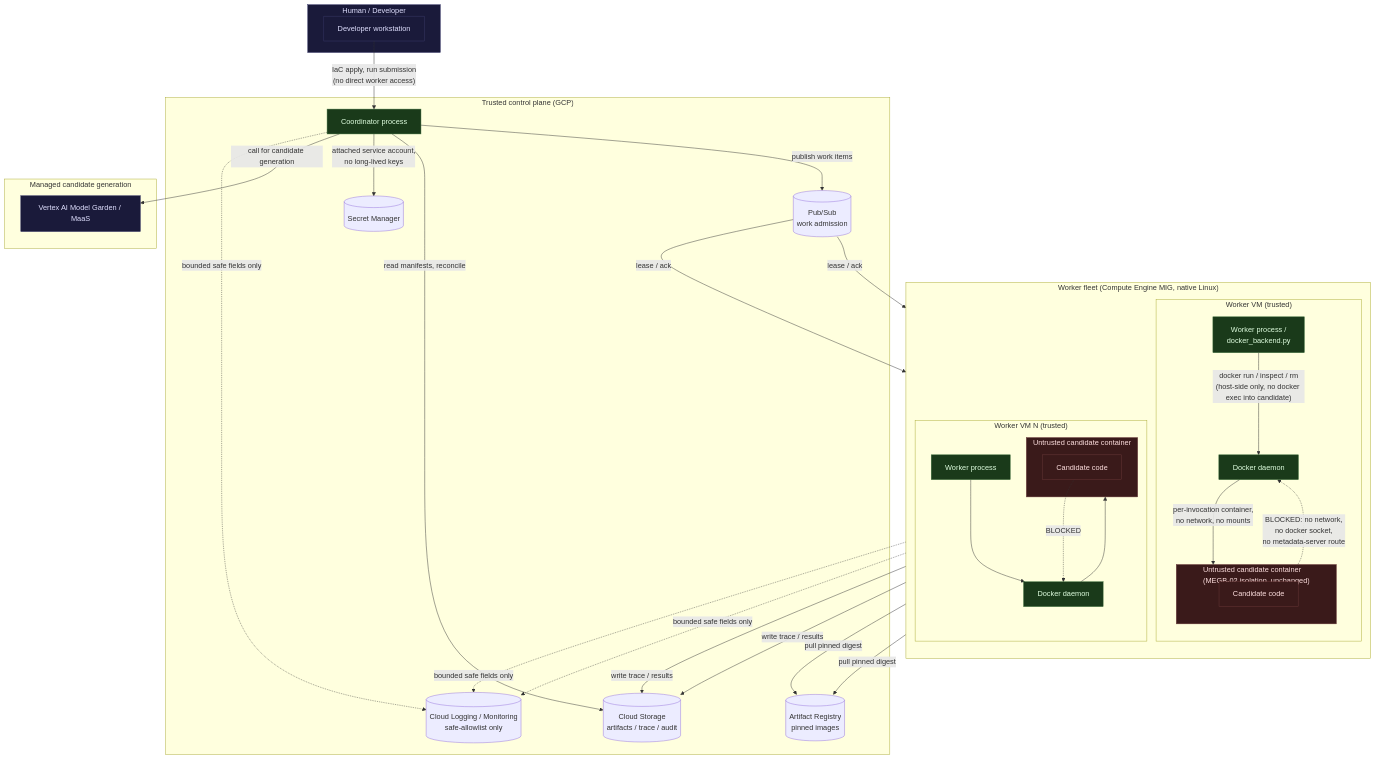
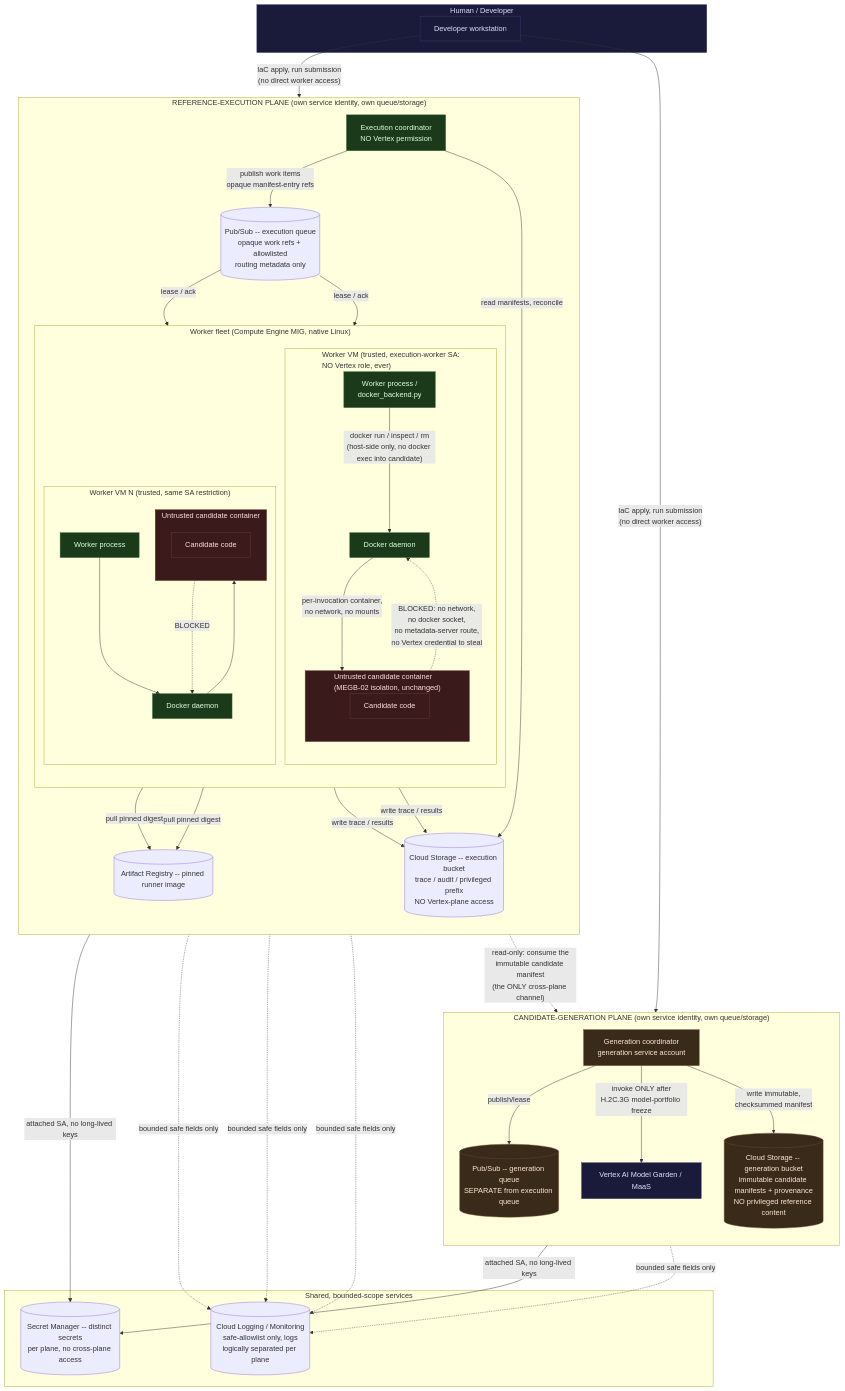
One commit to woollard/megb changed the diagram in docs/architecture/gcp-distributed-reference-execution.md. Above: the diagram before and after it, drawn with Mermaid. The commit also changed other lines of this file and 4 other files, not shown here.

First line of the commit message:
MEGB-03H.2C.3A correction: two-plane separation, provenance gate moved to H.2C.3D, qualification wording

````diff
--- a/docs/architecture/gcp-distributed-reference-execution.md
+++ b/docs/architecture/gcp-distributed-reference-execution.md
@@ -108,66 +204,81 @@
 ```mermaid
 flowchart TB
     subgraph Human["Human / Developer"]
         Dev[Developer workstation]
     end
 
-    subgraph ControlPlane["Trusted control plane (GCP)"]
-        Coord[Coordinator process]
-        PubSub[(Pub/Sub<br/>work admission)]
-        GCS[(Cloud Storage<br/>artifacts / trace / audit)]
-        AR[(Artifact Registry<br/>pinned images)]
-        SM[(Secret Manager)]
-        Logging[(Cloud Logging / Monitoring<br/>safe-allowlist only)]
+    subgraph GenPlane["CANDIDATE-GENERATION PLANE (own service identity, own queue/storage)"]
+        direction TB
+        GenCoord[Generation coordinator<br/>generation service account]
+        GenPubSub[(Pub/Sub -- generation queue<br/>SEPARATE from execution queue)]
+        GenGCS[(Cloud Storage -- generation bucket<br/>immutable candidate manifests + provenance<br/>NO privileged reference content)]
+        Vertex[Vertex AI Model Garden / MaaS]
+        GenCoord -->|publish/lease| GenPubSub
+        GenCoord -->|"invoke ONLY after<br/>H.2C.3G model-portfolio freeze"| Vertex
+        GenCoord -->|write immutable,<br/>checksummed manifest| GenGCS
     end
 
-    subgraph WorkerFleet["Worker fleet (Compute Engine MIG, native Linux)"]
+    subgraph ExecPlane["REFERENCE-EXECUTION PLANE (own service identity, own queue/storage)"]
         direction TB
-        subgraph Worker1["Worker VM (trusted)"]
-            WorkerProc1[Worker process /<br/>docker_backend.py]
-            Docker1[Docker daemon]
-            subgraph Cand1["Untrusted candidate container<br/>(MEGB-02 isolation, unchanged)"]
-                Cand1Code[Candidate code]
+        ExecCoord[Execution coordinator<br/>NO Vertex permission]
+        ExecPubSub[(Pub/Sub -- execution queue<br/>opaque work refs + allowlisted<br/>routing metadata only)]
+        ExecGCS[(Cloud Storage -- execution bucket<br/>trace / audit / privileged prefix<br/>NO Vertex-plane access)]
+        AR[(Artifact Registry -- pinned runner image)]
+        subgraph WorkerFleet["Worker fleet (Compute Engine MIG, native Linux)"]
+            direction TB
+            subgraph Worker1["Worker VM (trusted, execution-worker SA:<br/>NO Vertex role, ever)"]
+                WorkerProc1[Worker process /<br/>docker_backend.py]
+                Docker1[Docker daemon]
+                subgraph Cand1["Untrusted candidate container<br/>(MEGB-02 isolation, unchanged)"]
+                    Cand1Code[Candidate code]
+                end
+            end
+            subgraph WorkerN["Worker VM N (trusted, same SA restriction)"]
+                WorkerProcN[Worker process]
+                DockerN[Docker daemon]
+                subgraph CandN["Untrusted candidate container"]
+                    CandNCode[Candidate code]
+                end
             end
         end
-        subgraph WorkerN["Worker VM N (trusted)"]
-            WorkerProcN[Worker process]
-            DockerN[Docker daemon]
-            subgraph CandN["Untrusted candidate container"]
-                CandNCode[Candidate code]
-            end
-        end
+        ExecCoord -->|publish work items<br/>opaque manifest-entry refs| ExecPubSub
+        ExecPubSub -->|lease / ack| WorkerProc1
+        ExecPubSub -->|lease / ack| WorkerProcN
+        WorkerProc1 -->|pull pinned digest| AR
+        WorkerProcN -->|pull pinned digest| AR
+        WorkerProc1 -->|"docker run / inspect / rm<br/>(host-side only, no docker exec into candidate)"| Docker1
+        Docker1 -->|per-invocation container,<br/>no network, no mounts| Cand1
+        WorkerProcN --> DockerN
+        DockerN --> CandN
+        WorkerProc1 -->|write trace / results| ExecGCS
+        WorkerProcN -->|write trace / results| ExecGCS
+        ExecCoord -->|read manifests, reconcile| ExecGCS
     end
 
-    subgraph ModelBackend["Managed candidate generation"]
-        Vertex[Vertex AI Model Garden / MaaS]
+    subgraph Shared["Shared, bounded-scope services"]
+        SM[(Secret Manager -- distinct secrets<br/>per plane, no cross-plane access)]
+        Logging[(Cloud Logging / Monitoring<br/>safe-allowlist only, logs<br/>logically separated per plane)]
     end
 
-    Dev -->|"IaC apply, run submission<br/>(no direct worker access)"| Coord
-    Coord -->|publish work items| PubSub
-    PubSub -->|lease / ack| WorkerProc1
-    PubSub -->|lease / ack| WorkerProcN
-    WorkerProc1 -->|pull pinned digest| AR
-    WorkerProcN -->|pull pinned digest| AR
-    WorkerProc1 -->|"docker run / inspect / rm<br/>(host-side only, no docker exec into candidate)"| Docker1
-    Docker1 -->|per-invocation container,<br/>no network, no mounts| Cand1
-    WorkerProcN --> DockerN
-    DockerN --> CandN
-    WorkerProc1 -->|write trace / results| GCS
-    WorkerProcN -->|write trace / results| GCS
-    Coord -->|read manifests, reconcile| GCS
-    Coord -->|attached service account,<br/>no long-lived keys| SM
-    Coord -->|call for candidate generation| Vertex
+    Dev -->|"IaC apply, run submission<br/>(no direct worker access)"| GenCoord
+    Dev -->|"IaC apply, run submission<br/>(no direct worker access)"| ExecCoord
+    ExecCoord -.->|"read-only: consume the<br/>immutable candidate manifest<br/>(the ONLY cross-plane channel)"| GenGCS
+    GenCoord -->|attached SA, no long-lived keys| SM
+    ExecCoord -->|attached SA, no long-lived keys| SM
+    GenCoord -.->|bounded safe fields only| Logging
+    ExecCoord -.->|bounded safe fields only| Logging
     WorkerProc1 -.->|bounded safe fields only| Logging
     WorkerProcN -.->|bounded safe fields only| Logging
-    Coord -.->|bounded safe fields only| Logging
 
-    Cand1Code -.->|"BLOCKED: no network,<br/>no docker socket,<br/>no metadata-server route"| Docker1
+    Cand1Code -.->|"BLOCKED: no network,<br/>no docker socket,<br/>no metadata-server route,<br/>no Vertex credential to steal"| Docker1
     CandNCode -.->|BLOCKED| DockerN
 
     classDef trusted fill:#1a3a1a,stroke:#3a6a3a,color:#e0ffe0;
     classDef untrusted fill:#3a1a1a,stroke:#6a3a3a,color:#ffe0e0;
     classDef external fill:#1a1a3a,stroke:#3a3a6a,color:#e0e0ff;
-    class Coord,WorkerProc1,WorkerProcN,Docker1,DockerN trusted;
+    classDef genplane fill:#3a2a1a,stroke:#6a4a2a,color:#ffe8d0;
+    class ExecCoord,WorkerProc1,WorkerProcN,Docker1,DockerN trusted;
     class Cand1,CandN,Cand1Code,CandNCode untrusted;
     class Vertex,Human,Dev external;
+    class GenCoord,GenPubSub,GenGCS genplane;
 ```
````
